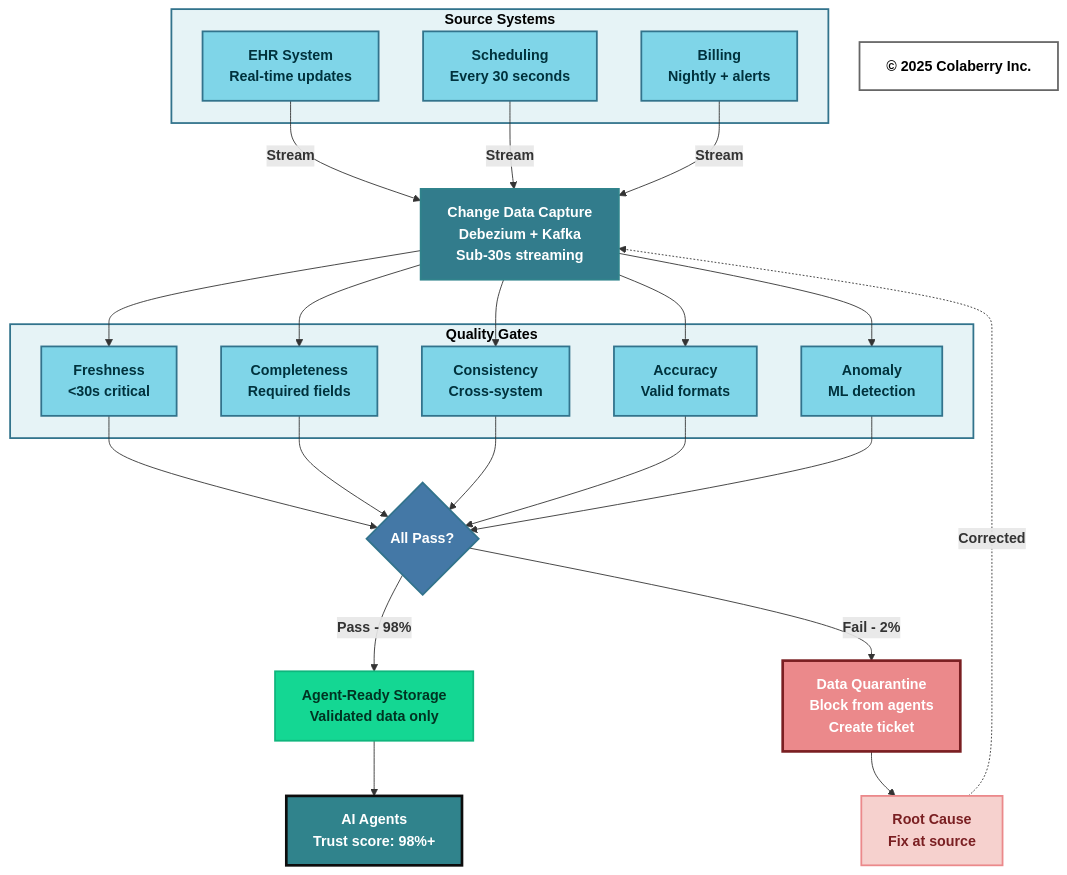
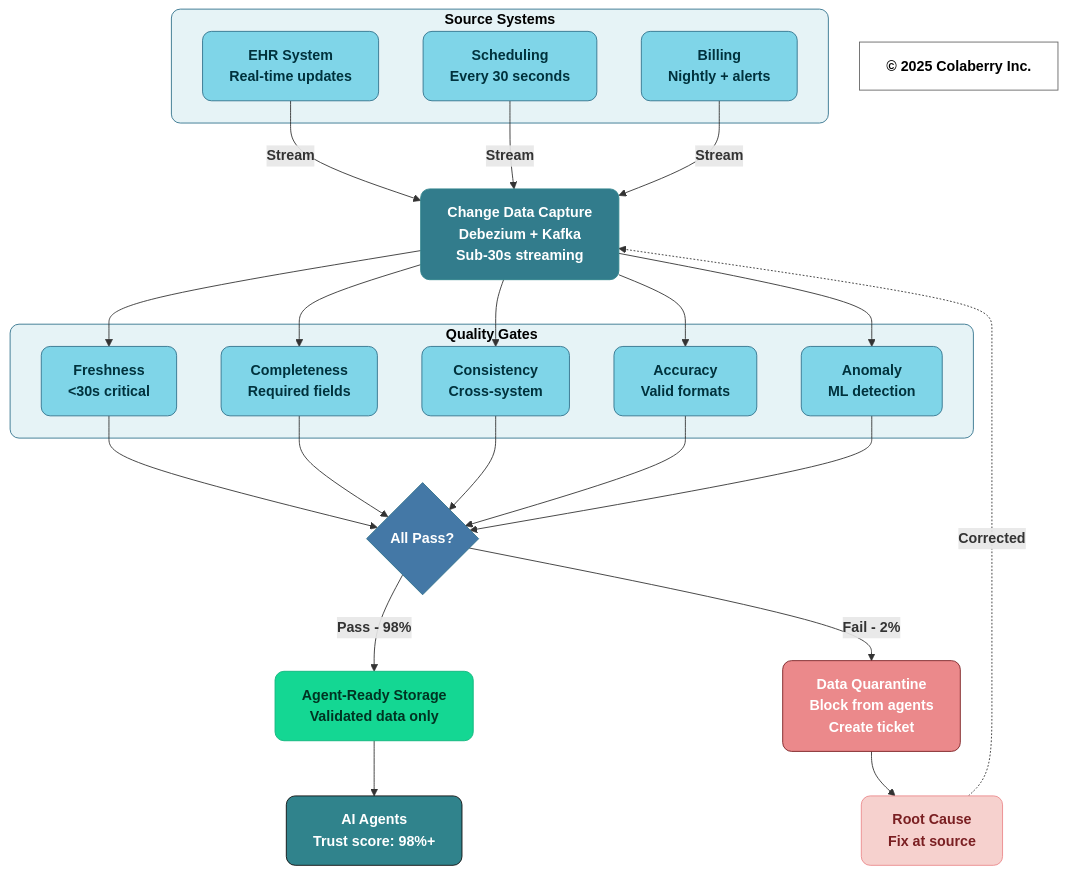
One commit to colaberry/trust-before-intelligence-book changed diagram 11 of 14 in manuscript/08_chapter_7_goals_framework.md. Above: the diagram before and after it, drawn with Mermaid. The commit also changed other lines of this file and 12 other files, not shown here.

````diff
--- a/manuscript/08_chapter_7_goals_framework.md
+++ b/manuscript/08_chapter_7_goals_framework.md
@@ -1509,70 +1509,70 @@
 ```mermaid
 graph TB
     subgraph SOURCES["<b>Source Systems</b>"]
         S1["<b>EHR System</b><br/><b>Real-time updates</b>"]
         S2["<b>Scheduling</b><br/><b>Every 30 seconds</b>"]
         S3["<b>Billing</b><br/><b>Nightly + alerts</b>"]
     end
     
     CDC["<b>Change Data Capture</b><br/><b>Debezium + Kafka</b><br/><b>Sub-30s streaming</b>"]
     
     S1 -->|<b>Stream</b>| CDC
     S2 -->|<b>Stream</b>| CDC
     S3 -->|<b>Stream</b>| CDC
     
     subgraph CHECKS["<b>Quality Gates</b>"]
         Q1["<b>Freshness</b><br/><b><30s critical</b>"]
         Q2["<b>Completeness</b><br/><b>Required fields</b>"]
         Q3["<b>Consistency</b><br/><b>Cross-system</b>"]
         Q4["<b>Accuracy</b><br/><b>Valid formats</b>"]
         Q5["<b>Anomaly</b><br/><b>ML detection</b>"]
     end
     
     CDC --> Q1
     CDC --> Q2
     CDC --> Q3
     CDC --> Q4
     CDC --> Q5
     
     GATE{<b>All Pass?</b>}
     
     Q1 --> GATE
     Q2 --> GATE
     Q3 --> GATE
     Q4 --> GATE
     Q5 --> GATE
     
     GATE -->|<b>Pass - 98%</b>| STORAGE["<b>Agent-Ready Storage</b><br/><b>Validated data only</b>"]
     
     GATE -->|<b>Fail - 2%</b>| QUARANTINE["<b>Data Quarantine</b><br/><b>Block from agents</b><br/><b>Create ticket</b>"]
     
     STORAGE --> AGENTS["<b>AI Agents</b><br/><b>Trust score: 98%+</b>"]
     
     QUARANTINE --> FIX["<b>Root Cause</b><br/><b>Fix at source</b>"]
     FIX -.->|<b>Corrected</b>| CDC
     
-    style SOURCES fill:#E6F3F6,stroke:#32738C,stroke-width:2px,color:#000000
-    style S1 fill:#7FD5E8,stroke:#32738C,stroke-width:2px,color:#00323D
-    style S2 fill:#7FD5E8,stroke:#32738C,stroke-width:2px,color:#00323D
-    style S3 fill:#7FD5E8,stroke:#32738C,stroke-width:2px,color:#00323D
+    style SOURCES fill:#E6F3F6,stroke:#32738C,stroke-width:1px,color:#000000,rx:10,ry:10
+    style S1 fill:#7FD5E8,stroke:#32738C,stroke-width:1px,color:#00323D,rx:10,ry:10
+    style S2 fill:#7FD5E8,stroke:#32738C,stroke-width:1px,color:#00323D,rx:10,ry:10
+    style S3 fill:#7FD5E8,stroke:#32738C,stroke-width:1px,color:#00323D,rx:10,ry:10
     
-    style CDC fill:#327C8C,stroke:#30838C,stroke-width:2px,color:#ffffff
+    style CDC fill:#327C8C,stroke:#30838C,stroke-width:1px,color:#ffffff,rx:10,ry:10
     
-    style CHECKS fill:#E6F3F6,stroke:#32738C,stroke-width:2px,color:#000000
-    style Q1 fill:#7FD5E8,stroke:#32738C,stroke-width:2px,color:#00323D
-    style Q2 fill:#7FD5E8,stroke:#32738C,stroke-width:2px,color:#00323D
-    style Q3 fill:#7FD5E8,stroke:#32738C,stroke-width:2px,color:#00323D
-    style Q4 fill:#7FD5E8,stroke:#32738C,stroke-width:2px,color:#00323D
-    style Q5 fill:#7FD5E8,stroke:#32738C,stroke-width:2px,color:#00323D
+    style CHECKS fill:#E6F3F6,stroke:#32738C,stroke-width:1px,color:#000000,rx:10,ry:10
+    style Q1 fill:#7FD5E8,stroke:#32738C,stroke-width:1px,color:#00323D,rx:10,ry:10
+    style Q2 fill:#7FD5E8,stroke:#32738C,stroke-width:1px,color:#00323D,rx:10,ry:10
+    style Q3 fill:#7FD5E8,stroke:#32738C,stroke-width:1px,color:#00323D,rx:10,ry:10
+    style Q4 fill:#7FD5E8,stroke:#32738C,stroke-width:1px,color:#00323D,rx:10,ry:10
+    style Q5 fill:#7FD5E8,stroke:#32738C,stroke-width:1px,color:#00323D,rx:10,ry:10
     
-    style GATE fill:#4478A6,stroke:#32738C,stroke-width:2px,color:#ffffff
+    style GATE fill:#4478A6,stroke:#32738C,stroke-width:1px,color:#ffffff,rx:10,ry:10
     
-    style STORAGE fill:#14D793,stroke:#0FB67D,stroke-width:2px,color:#003322
-    style AGENTS fill:#30838C,stroke:#0D0D0D,stroke-width:3px,color:#ffffff
+    style STORAGE fill:#14D793,stroke:#0FB67D,stroke-width:1px,color:#003322,rx:10,ry:10
+    style AGENTS fill:#30838C,stroke:#0D0D0D,stroke-width:1px,color:#ffffff,rx:10,ry:10
     
-    style QUARANTINE fill:#EB898B,stroke:#7A1F22,stroke-width:3px,color:#ffffff
-    style FIX fill:#F6D1CE,stroke:#EB898B,stroke-width:2px,color:#7A1F22
+    style QUARANTINE fill:#EB898B,stroke:#7A1F22,stroke-width:1px,color:#ffffff,rx:10,ry:10
+    style FIX fill:#F6D1CE,stroke:#EB898B,stroke-width:1px,color:#7A1F22,rx:10,ry:10
     
     Copyright["<b>© 2025 Colaberry Inc.</b>"]
-    style Copyright fill:#ffffff,stroke:#666666,stroke-width:2px,color:#000000
+    style Copyright fill:none,stroke:#666666,stroke-width:1px,color:#000000
 ```
````
